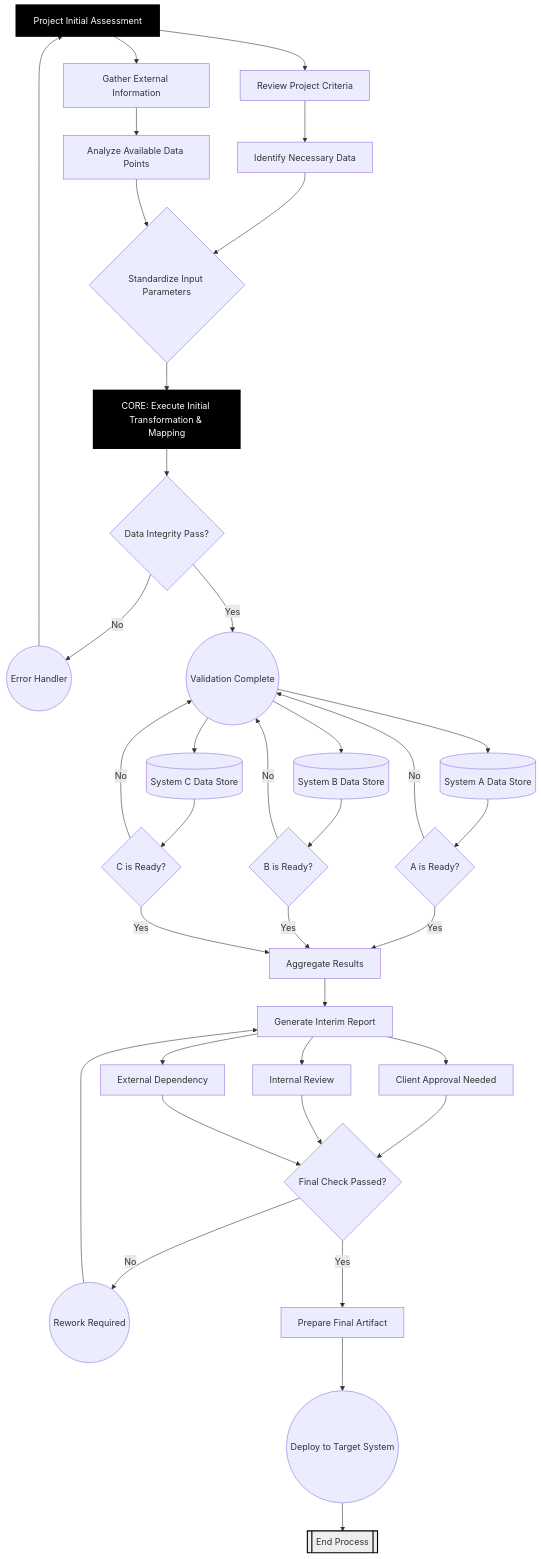
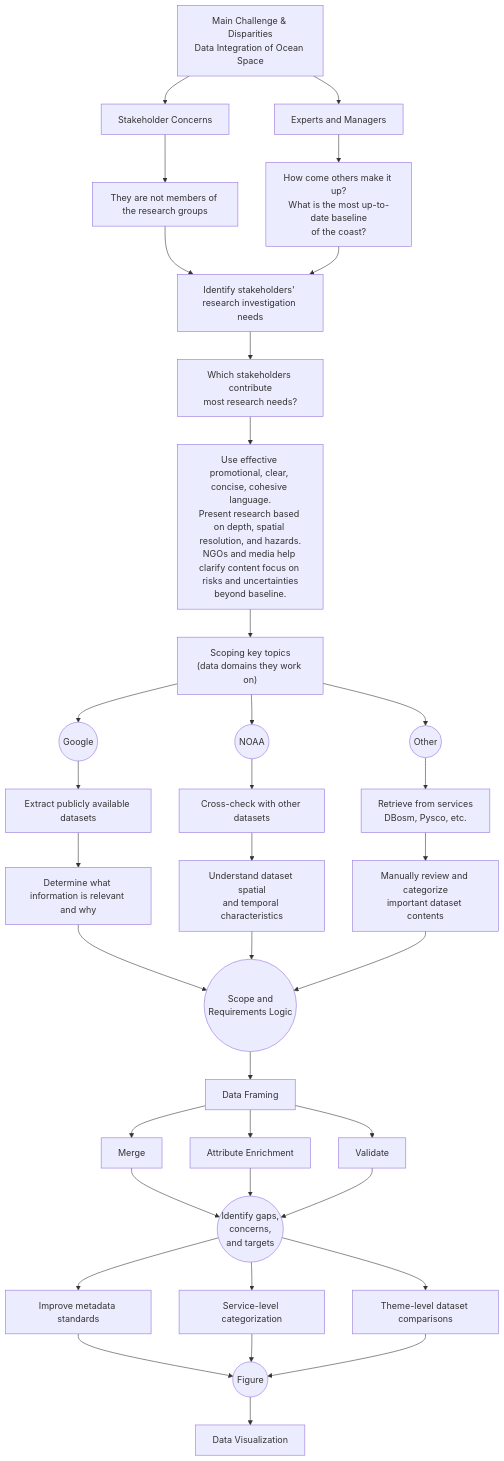
One commit to rubenroesti/DDD-2025-Group08 changed the diagram in README.md. Above: the diagram before and after it, drawn with Mermaid.

````diff
--- a/README.md
+++ b/README.md
@@ -20,70 +20,77 @@
 ```mermaid
-    graph TD
-    %% Phase 1: Project Initiation (Styled as the initial black box)
-    A[Project Initial Assessment]:::startNode
-    
-    A --> B1[Review Project Criteria]
-    A --> B2[Gather External Information]
-    
-    %% Phase 1: Data Identification and Gathering
-    B1 --> C1[Identify Necessary Data]
-    B2 --> C2[Analyze Available Data Points]
-    
-    %% Phase 1: Input Standardization (Hexagon in the sketch)
-    C1 --> D{Standardize Input Parameters}
-    C2 --> D
+    flowchart TD
 
-    %% Phase 2: Core Logic (Styled as the CORE black box)
-    D --> E[CORE: Execute Initial Transformation & Mapping]:::coreProcess
+%% ============================
+%% PRELIMINARY RESEARCH
+%% ============================
 
-    %% Phase 2: Validation
-    E --> F{Data Integrity Pass?}
-    F -- "No" --> G((Error Handler))
-    G --> A 
-    %% Error loop back to Project Start
-    F -- "Yes" --> H((Validation Complete))
+A["Main Challenge & Disparities\nData Integration of Ocean Space"]
 
-    %% Phase 3: Data Store Checks (Cylinder/Database shapes)
-    H --> I1[(System A Data Store)]
-    H --> I2[(System B Data Store)]
-    H --> I3[(System C Data Store)]
+A --> B1["Stakeholder Concerns"]
+A --> B2["Experts and Managers"]
 
-    %% Phase 3: Readiness Decisions
-    I1 --> J1{A is Ready?}
-    I2 --> J2{B is Ready?}
-    I3 --> J3{C is Ready?}
+B1 --> C1["They are not members of the research groups"]
+B2 --> C2["How come others make it up?\nWhat is the most up-to-date baseline\nof the coast?"]
 
-    %% Polling/Waiting for Readiness
-    J1 -- "No" --> H
-    J2 -- "No" --> H
-    J3 -- "No" --> H
-    
-    %% Convergence and Aggregation
-    J1 -- "Yes" --> K
-    J2 -- "Yes" --> K
-    J3 -- "Yes" --> K
-    K[Aggregate Results] --> L[Generate Interim Report]
+C1 --> D["Identify stakeholders' research investigation needs"]
+C2 --> D
 
-    %% Phase 4: Review Cycle (Parallel steps)
-    L --> M1[Client Approval Needed]
-    L --> M2[Internal Review]
-    L --> M3[External Dependency]
+D --> E["Which stakeholders contribute\nmost research needs?"]
 
-    M1 --> N{Final Check Passed?}
-    M2 --> N
-    M3 --> N
+E --> F["Use effective promotional, clear, concise, cohesive language.\nPresent research based on depth, spatial resolution, and hazards.\nNGOs and media help clarify content focus on risks and uncertainties\nbeyond baseline."]
 
-    %% Rework Loop
-    N -- "No" --> O((Rework Required))
-    O --> L 
-    
-    %% Phase 5: Finalization
-    N -- "Yes" --> P[Prepare Final Artifact]
-    P --> Q((Deploy to Target System))
-    Q --> R[[End Process]]:::endNode
+%% ============================
+%% DATA COLLECTION
+%% ============================
 
-    %% Custom Styling to match the sketch's visual elements
-    classDef startNode fill:#000, color:#fff, stroke:#000, stroke-width:4px;
-    classDef coreProcess fill:#000, color:#fff, stroke:#000, stroke-width:4px;
-    classDef endNode fill:#eee, stroke:#000, stroke-width:2px;
+F --> G["Scoping key topics\n(data domains they work on)"]
+
+G --> H1((Google))
+G --> H2((NOAA))
+G --> H3((Other))
+
+H1 --> I1["Extract publicly available datasets"]
+H2 --> I2["Cross-check with other datasets"]
+H3 --> I3["Retrieve from services\nDBosm, Pysco, etc."]
+
+%% ============================
+%% DATA ANALYSIS
+%% ============================
+
+I1 --> J1["Determine what information is relevant and why"]
+I2 --> J2["Understand dataset spatial\nand temporal characteristics"]
+I3 --> J3["Manually review and categorize\nimportant dataset contents"]
+
+J1 --> K((Scope and\nRequirements Logic))
+J2 --> K
+J3 --> K
+
+%% ============================
+%% DATASET BUILDING
+%% ============================
+
+K --> L["Data Framing"]
+
+L --> M1["Merge"]
+L --> M2["Attribute Enrichment"]
+L --> M3["Validate"]
+
+M1 --> N((Identify gaps,\nconcerns,\nand targets))
+M2 --> N
+M3 --> N
+
+N --> O1["Improve metadata standards"]
+N --> O2["Service-level categorization"]
+N --> O3["Theme-level dataset comparisons"]
+
+%% ============================
+%% DATA VISUALIZATION
+%% ============================
+
+O1 --> P((Figure))
+O2 --> P
+O3 --> P
+
+P --> Q["Data Visualization"]
+
 ```
````
